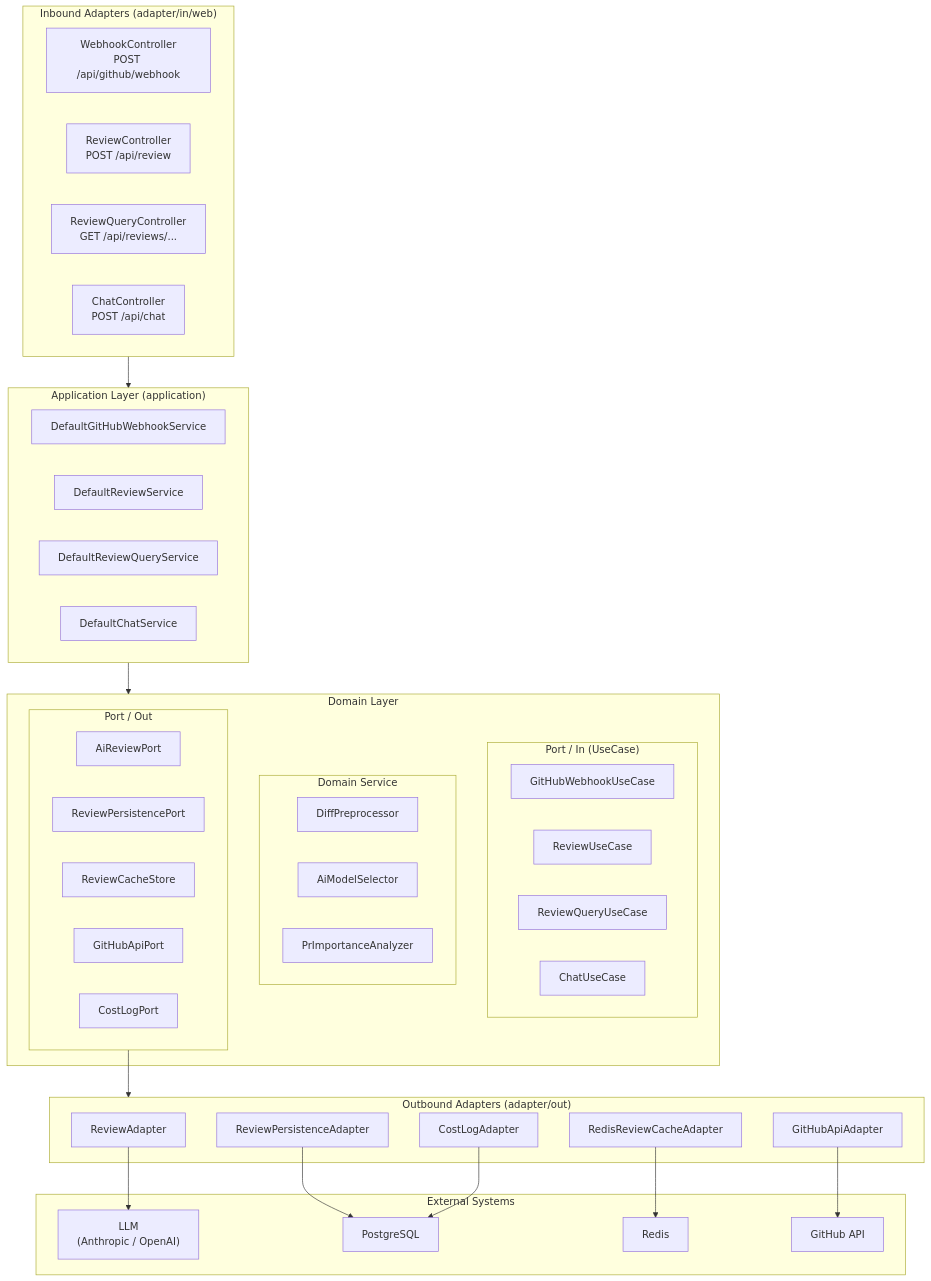
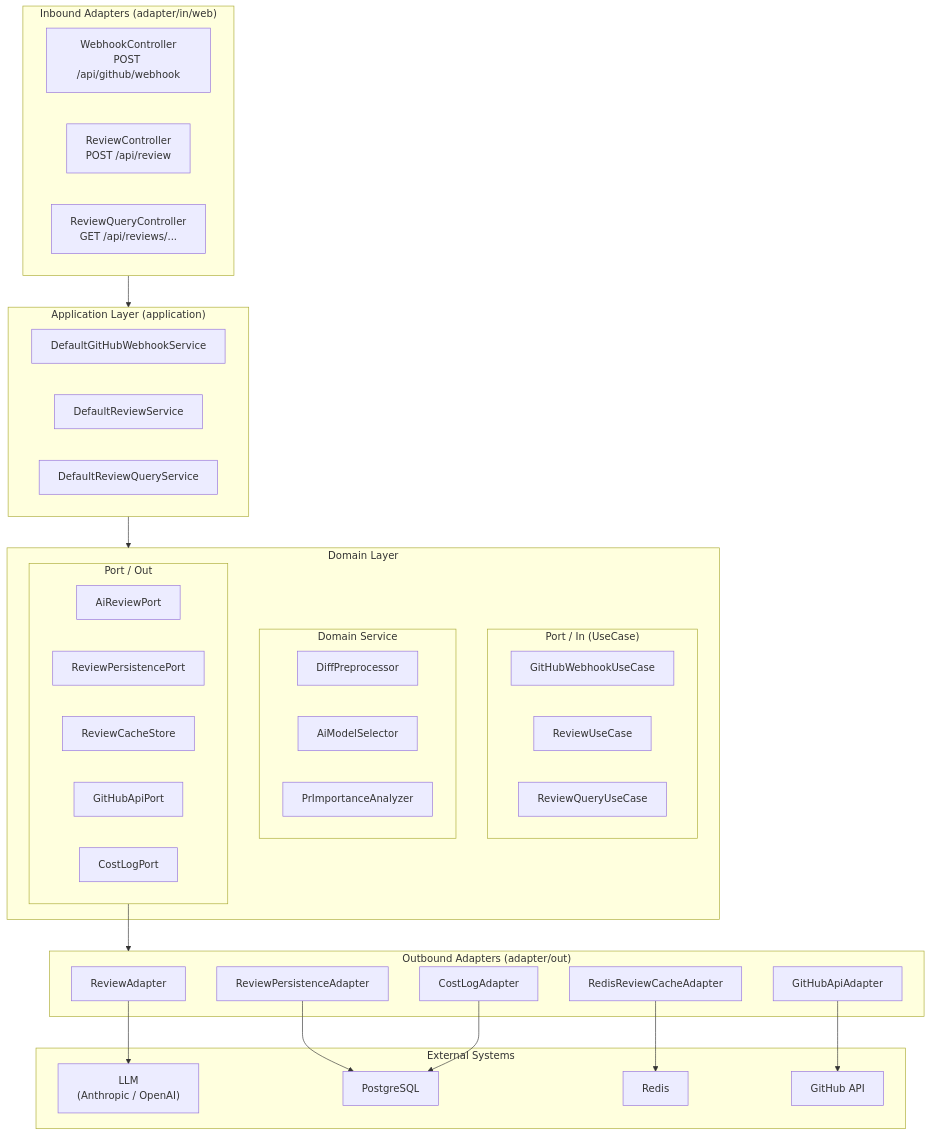
Before and after one commit to stillframe42/ai-code-reviewer: the second of 5 diagrams in docs/architecture.md, drawn with Mermaid. The commit also changed other lines of this file and 25 other files, not shown here.

````diff
--- a/docs/architecture.md
+++ b/docs/architecture.md
@@ -52,61 +52,58 @@
 ```mermaid
 flowchart TB
     subgraph Inbound["Inbound Adapters (adapter/in/web)"]
         WebhookCtrl["WebhookController\nPOST /api/github/webhook"]
         ReviewCtrl["ReviewController\nPOST /api/review"]
         ReviewQueryCtrl["ReviewQueryController\nGET /api/reviews/..."]
-        ChatCtrl["ChatController\nPOST /api/chat"]
     end
 
     subgraph Application["Application Layer (application)"]
         WebhookSvc["DefaultGitHubWebhookService"]
         ReviewSvc["DefaultReviewService"]
         QuerySvc["DefaultReviewQueryService"]
-        ChatSvc["DefaultChatService"]
     end
 
     subgraph Domain["Domain Layer"]
         subgraph PortIn["Port / In (UseCase)"]
             GitHubWebhookUC["GitHubWebhookUseCase"]
             ReviewUC["ReviewUseCase"]
             ReviewQueryUC["ReviewQueryUseCase"]
-            ChatUC["ChatUseCase"]
         end
         subgraph DomainSvc["Domain Service"]
             DiffPre["DiffPreprocessor"]
             ModelSel["AiModelSelector"]
             PrAnalyzer["PrImportanceAnalyzer"]
         end
         subgraph PortOut["Port / Out"]
             AiReviewPort["AiReviewPort"]
             PersistPort["ReviewPersistencePort"]
             CacheStore["ReviewCacheStore"]
             GitHubApiPort["GitHubApiPort"]
             CostLogPort["CostLogPort"]
         end
     end
 
     subgraph Outbound["Outbound Adapters (adapter/out)"]
         ReviewAdapter["ReviewAdapter"]
         PersistAdapter["ReviewPersistenceAdapter"]
         CacheAdapter["RedisReviewCacheAdapter"]
         GitHubAdapter["GitHubApiAdapter"]
         CostAdapter["CostLogAdapter"]
     end
 
     subgraph External["External Systems"]
         LLM["LLM\n(Anthropic / OpenAI)"]
         PG["PostgreSQL"]
         Redis["Redis"]
         GHAPI["GitHub API"]
     end
 
     Inbound --> Application
     Application --> Domain
     PortOut --> Outbound
     ReviewAdapter --> LLM
     PersistAdapter --> PG
     CacheAdapter --> Redis
     GitHubAdapter --> GHAPI
     CostAdapter --> PG
 ```
````
